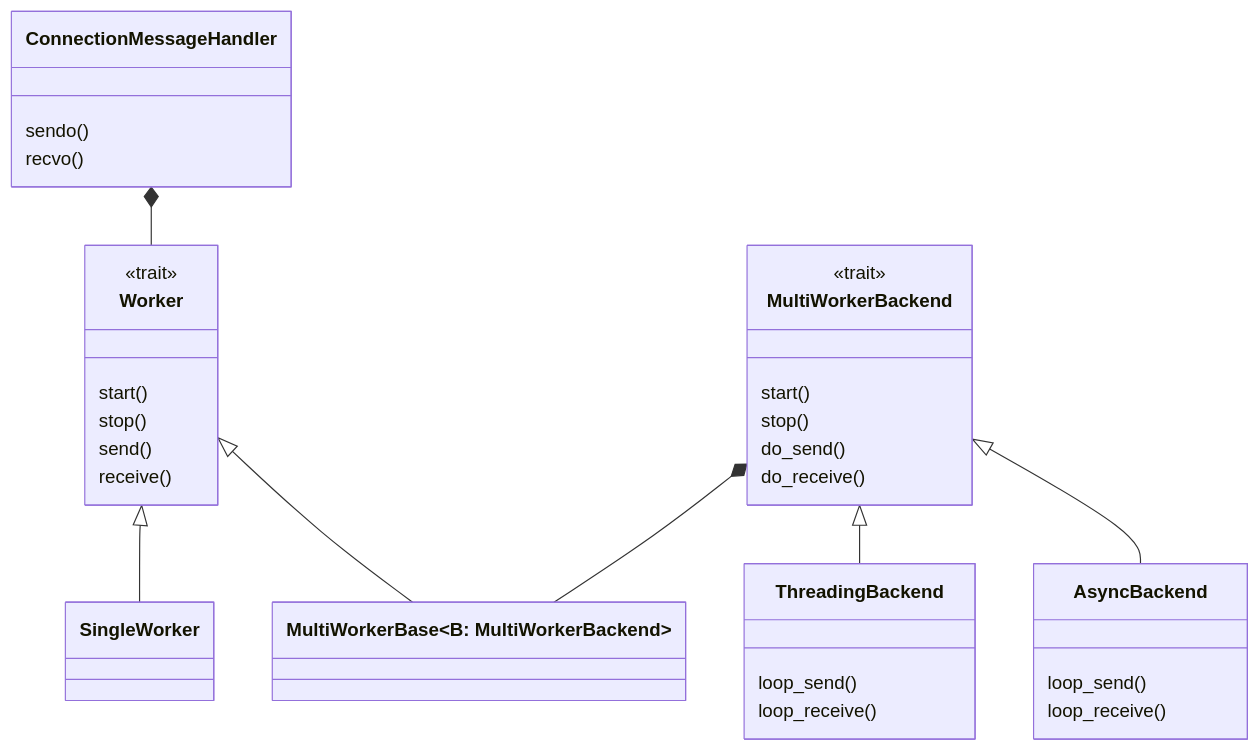
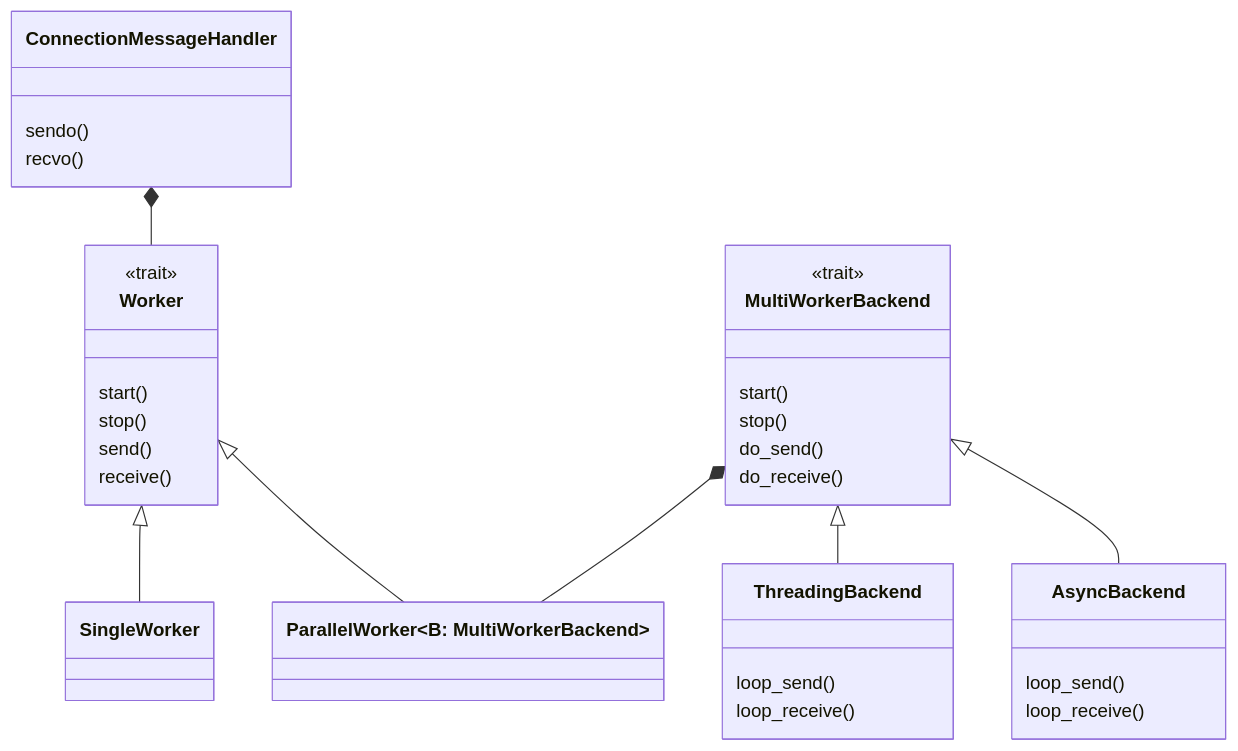
The diagram in smb/src/connection/README.md (christian-belloni/smb-rs), drawn with Mermaid before and after one commit. The commit also changed other lines of this file and 7 other files, not shown here.

````diff
--- a/smb/src/connection/README.md
+++ b/smb/src/connection/README.md
@@ -15,35 +15,35 @@
 ```mermaid
 classDiagram
 class ConnectionMessageHandler
     ConnectionMessageHandler : sendo()
     ConnectionMessageHandler : recvo()
     ConnectionMessageHandler *-- Worker
 
 class Worker
     <<trait>> Worker
     Worker : start()
     Worker : stop()
     Worker : send()
     Worker : receive()
 class SingleWorker
     Worker <|-- SingleWorker
-class MultiWorkerBase~B: MultiWorkerBackend~
-    Worker <|-- MultiWorkerBase
+class ParallelWorker~B: MultiWorkerBackend~
+    Worker <|-- ParallelWorker
 
 class MultiWorkerBackend
     <<trait>> MultiWorkerBackend
     MultiWorkerBackend : start()
     MultiWorkerBackend : stop()
     MultiWorkerBackend : do_send()
     MultiWorkerBackend : do_receive()
-    MultiWorkerBackend *-- MultiWorkerBase
+    MultiWorkerBackend *-- ParallelWorker
 class ThreadingBackend
     MultiWorkerBackend <|-- ThreadingBackend
     ThreadingBackend : loop_send()
     ThreadingBackend : loop_receive()
 class AsyncBackend
     MultiWorkerBackend <|-- AsyncBackend
     AsyncBackend : loop_send()
     AsyncBackend : loop_receive()
 
 ```
````
